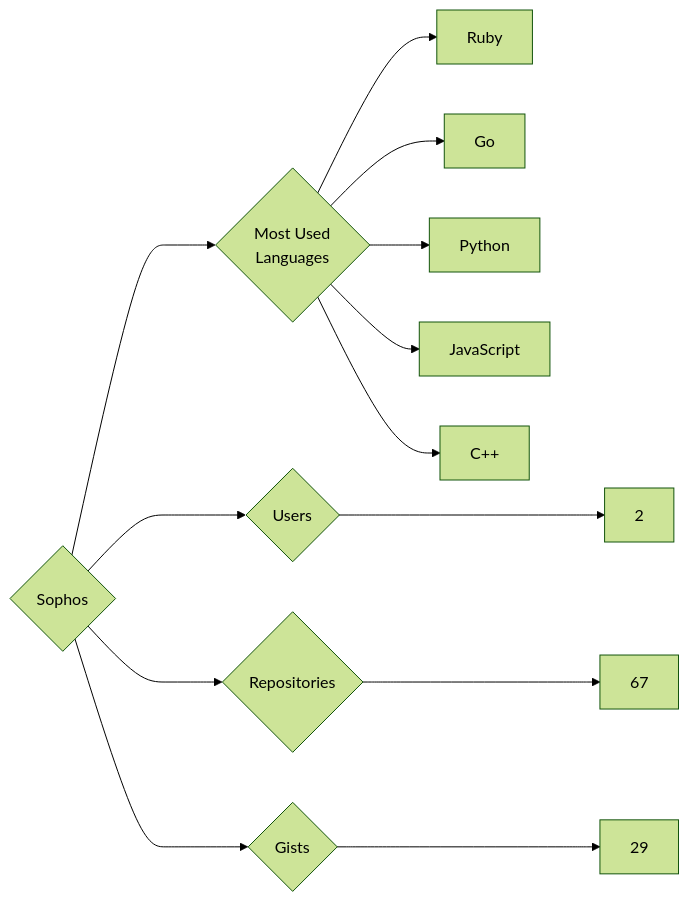
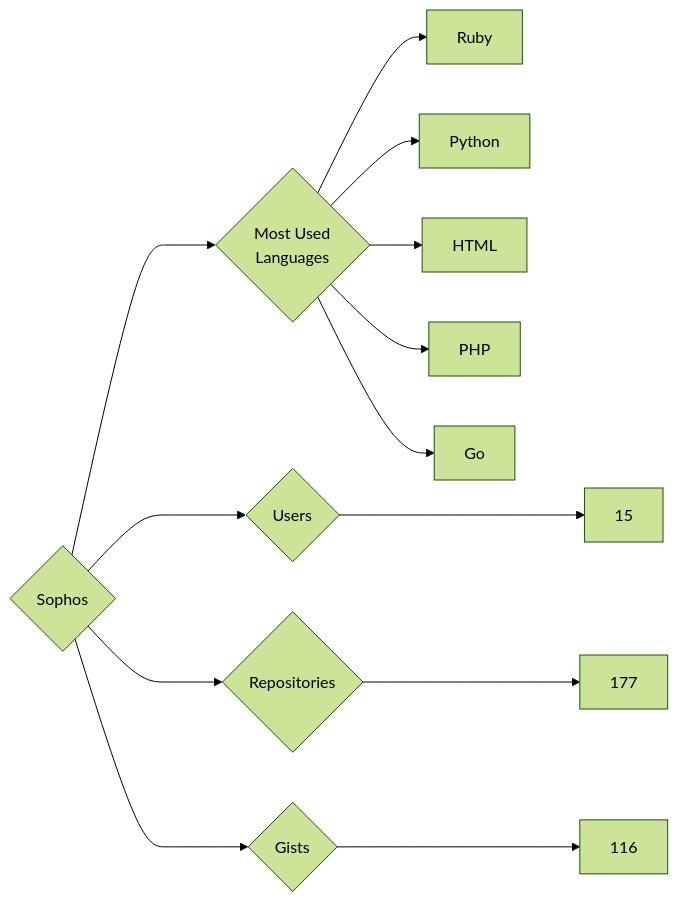
One commit to trickest/insiders changed the diagram in targets/Sophos/README.md. Above: the diagram before and after it, drawn with Mermaid (forest theme). The commit also changed 912 other files, not shown here.

````diff
--- a/targets/Sophos/README.md
+++ b/targets/Sophos/README.md
@@ -3,13 +3,13 @@
 ```mermaid
 graph LR
 COMPANY_NAME{Sophos}
-COMPANY_NAME ---> U{Users} ---> UN[2]
-COMPANY_NAME ---> R{Repositories} ---> RN[67]
-COMPANY_NAME ---> G{Gists} ---> GN[29]
+COMPANY_NAME ---> U{Users} ---> UN[15]
+COMPANY_NAME ---> R{Repositories} ---> RN[177]
+COMPANY_NAME ---> G{Gists} ---> GN[116]
 COMPANY_NAME ---> ML{Most Used<br>Languages}
 ML --> Ruby[Ruby]
+ML --> Python[Python]
+ML --> HTML[HTML]
+ML --> PHP[PHP]
 ML --> Go[Go]
-ML --> Python[Python]
-ML --> JavaScript[JavaScript]
-ML --> C++[C++]
 ```
````
